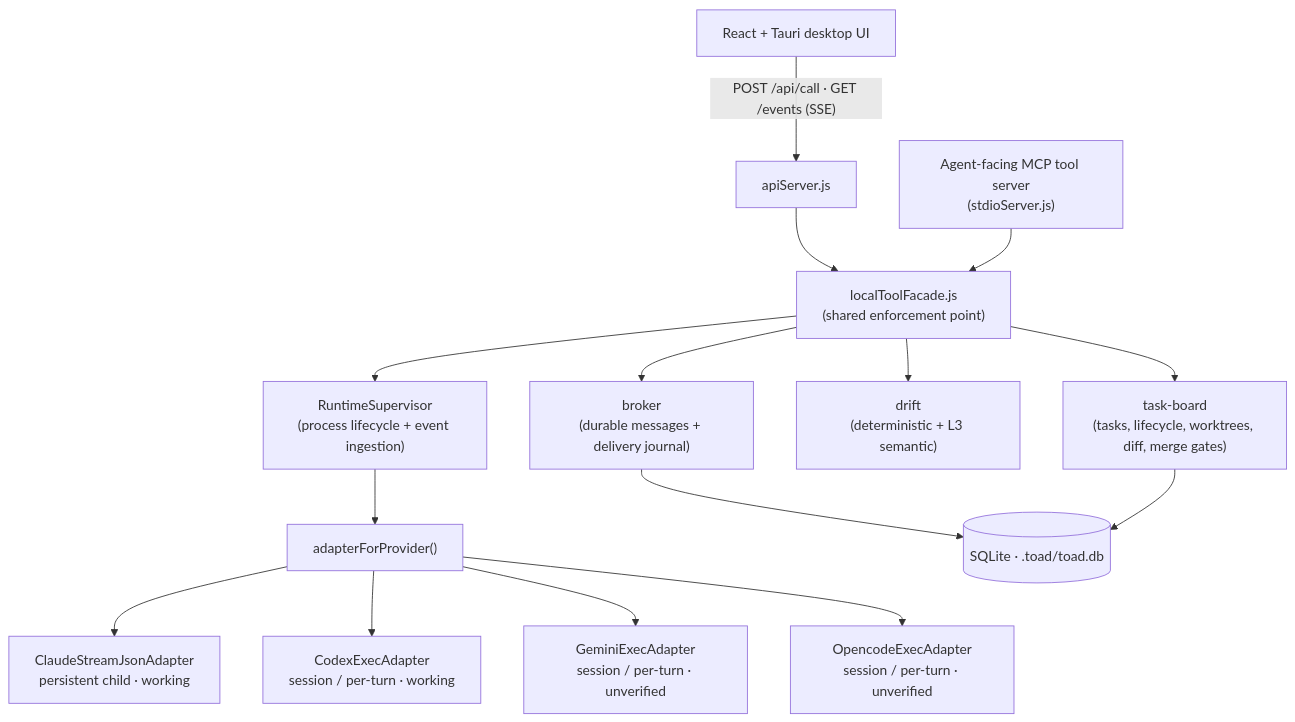
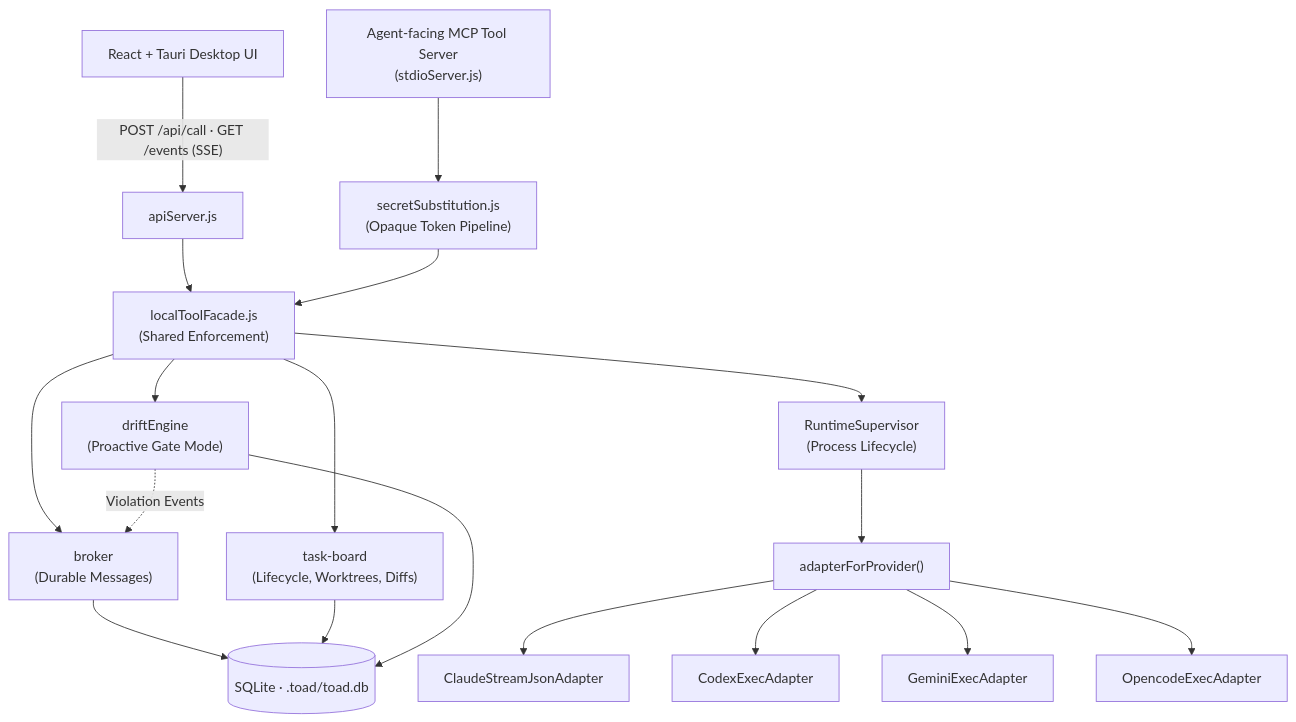
Before and after one commit to TheOverAchievingDev/T.O.A.D: the diagram in toad-local/README.md, drawn with Mermaid. The commit also changed other lines of this file and 11 other files, not shown here.

````diff
--- a/toad-local/README.md
+++ b/toad-local/README.md
@@ -31,17 +31,26 @@
 ```mermaid
 flowchart TD
-  UI["React + Tauri desktop UI"] -->|"POST /api/call · GET /events (SSE)"| API["apiServer.js"]
-  API --> Facade["localToolFacade.js<br/>(shared enforcement point)"]
-  MCP["Agent-facing MCP tool server<br/>(stdioServer.js)"] --> Facade
-  Facade --> Broker["broker<br/>(durable messages + delivery journal)"]
-  Facade --> Board["task-board<br/>(tasks, lifecycle, worktrees, diff, merge gates)"]
-  Facade --> Drift["drift<br/>(deterministic + L3 semantic)"]
-  Facade --> Supervisor["RuntimeSupervisor<br/>(process lifecycle + event ingestion)"]
+  UI["React + Tauri Desktop UI"] -->|"POST /api/call · GET /events (SSE)"| API["apiServer.js"]
+  
+  API --> Facade["localToolFacade.js<br/>(Shared Enforcement)"]
+  MCP["Agent-facing MCP Tool Server<br/>(stdioServer.js)"] --> SecretRegistry["secretSubstitution.js<br/>(Opaque Token Pipeline)"]
+  SecretRegistry --> Facade
+  
+  Facade --> Broker["broker<br/>(Durable Messages)"]
+  Facade --> Board["task-board<br/>(Lifecycle, Worktrees, Diffs)"]
+  Facade --> Drift["driftEngine<br/>(Proactive Gate Mode)"]
+  
+  Drift -.->|Violation Events| Broker
+  
+  Facade --> Supervisor["RuntimeSupervisor<br/>(Process Lifecycle)"]
   Supervisor --> AFP["adapterForProvider()"]
-  AFP --> Claude["ClaudeStreamJsonAdapter<br/>persistent child · working"]
-  AFP --> Codex["CodexExecAdapter<br/>session / per-turn · working"]
-  AFP --> Gemini["GeminiExecAdapter<br/>session / per-turn · unverified"]
-  AFP --> Opencode["OpencodeExecAdapter<br/>session / per-turn · unverified"]
+  
+  AFP --> Claude["ClaudeStreamJsonAdapter"]
+  AFP --> Codex["CodexExecAdapter"]
+  AFP --> Gemini["GeminiExecAdapter"]
+  AFP --> Opencode["OpencodeExecAdapter"]
+  
   Broker --> DB[("SQLite · .toad/toad.db")]
   Board --> DB
+  Drift --> DB
 ```
````
